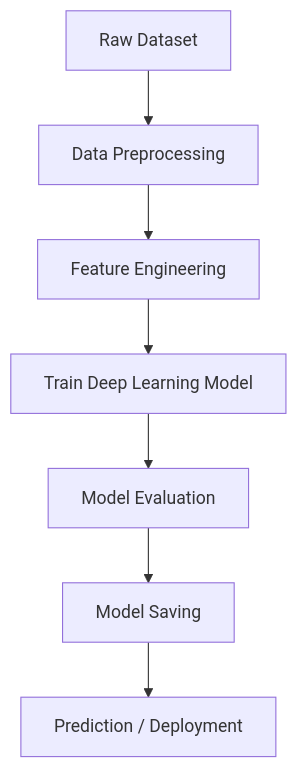
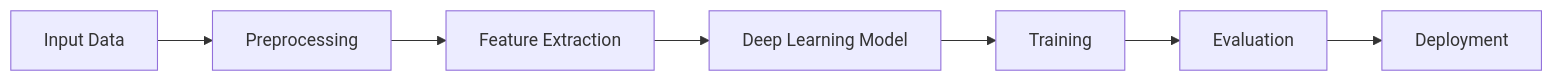
One commit to yehaa2004/Deep-learning_scaffolded-project changed the third of 5 diagrams in README.md. Above: the diagram before and after it, drawn with Mermaid. The commit also changed other lines of this file, not shown here.

````diff
--- a/README.md
+++ b/README.md
@@ -65,14 +95,15 @@
 ```mermaid
-flowchart TD
+graph LR
 
-A[Raw Dataset] --> B[Data Preprocessing]
-B --> C[Feature Engineering]
+A[Input Data] --> B[Preprocessing]
 
-C --> D[Train Deep Learning Model]
+B --> C[Feature Extraction]
 
-D --> E[Model Evaluation]
+C --> D[Deep Learning Model]
 
-E --> F[Model Saving]
+D --> E[Training]
 
-F --> G[Prediction / Deployment]
+E --> F[Evaluation]
+
+F --> G[Deployment]
 ```
````
